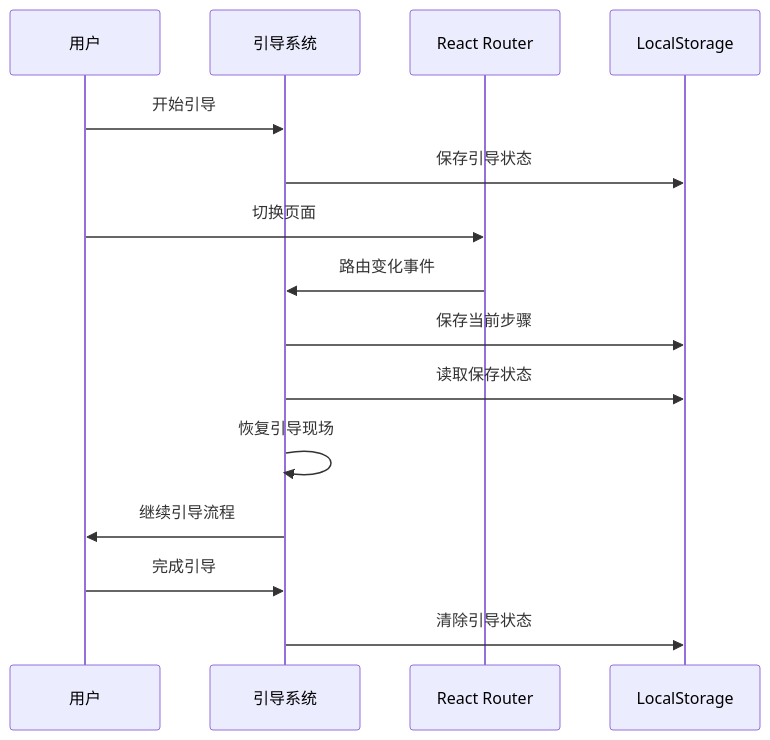
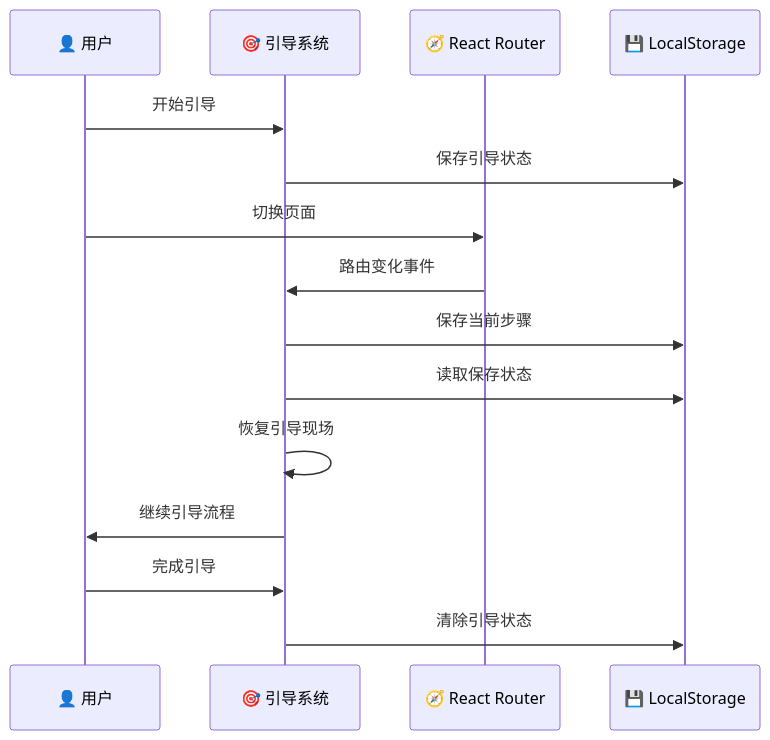
One commit to Mingjun-Lyu/ByteDance-Engineering-Camp changed the fourth of 5 diagrams in README.md. Above: the diagram before and after it, drawn with Mermaid. The commit also changed other lines of this file, not shown here.

````diff
--- a/README.md
+++ b/README.md
@@ -277,21 +432,21 @@
 ```mermaid
 sequenceDiagram
-    participant U as 用户
-    participant G as 引导系统
-    participant R as React Router
-    participant S as LocalStorage
+    participant U as 👤 用户
+    participant G as 🎯 引导系统
+    participant R as 🧭 React Router
+    participant S as 💾 LocalStorage
     
     U->>G: 开始引导
     G->>S: 保存引导状态
     
     U->>R: 切换页面
     R->>G: 路由变化事件
     G->>S: 保存当前步骤
     
     G->>S: 读取保存状态
     G->>G: 恢复引导现场
     G->>U: 继续引导流程
     
     U->>G: 完成引导
     G->>S: 清除引导状态
 ```
````
